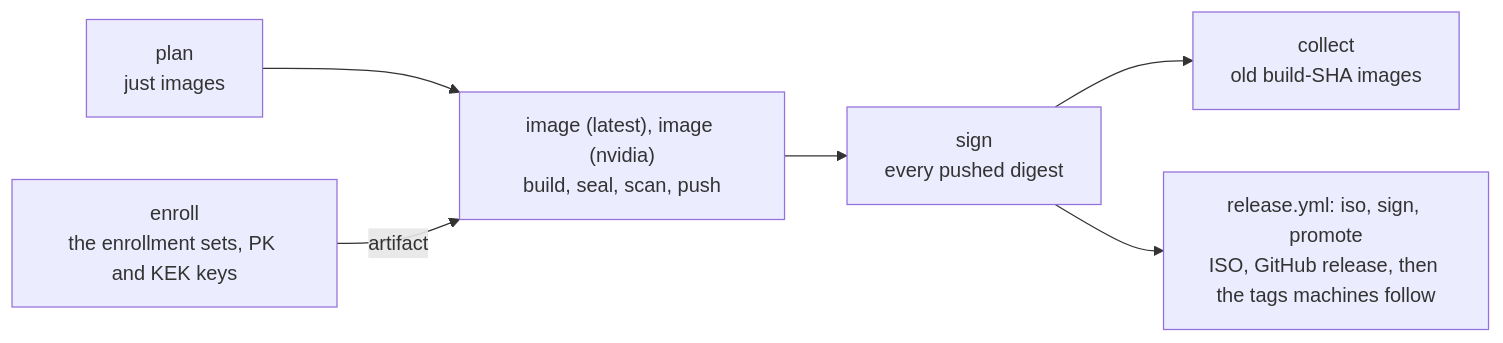
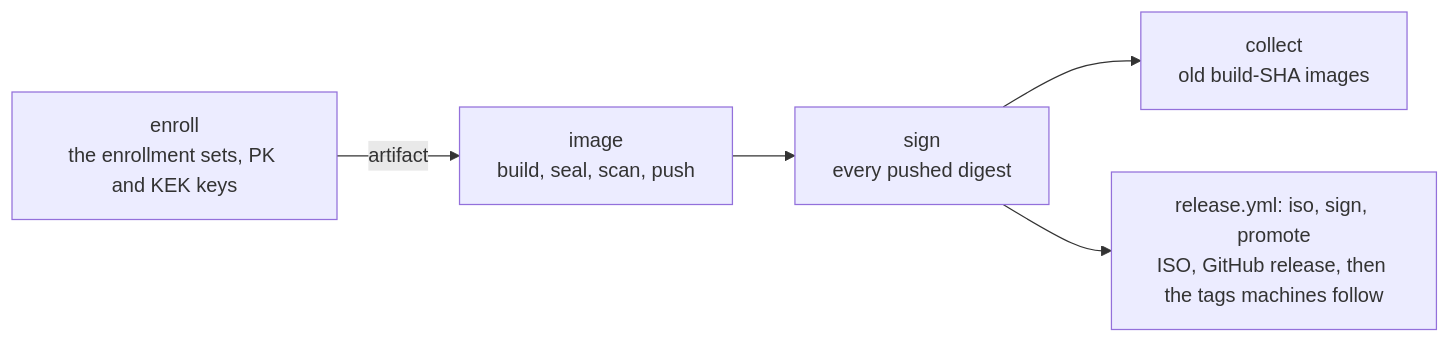
One commit to LucaRickli/fedora-bootc changed the third of 3 diagrams in docs/architecture/build.md. Above: the diagram before and after it, drawn with Mermaid. The commit also changed other lines of this file and 53 other files, not shown here.

````diff
--- a/docs/architecture/build.md
+++ b/docs/architecture/build.md
@@ -226,8 +211,7 @@
 ```mermaid
 flowchart LR
-    p["plan<br/>just images"] --> i["image (latest), image (nvidia)<br/>build, seal, scan, push"]
-    e["enroll<br/>the enrollment sets, PK and KEK keys"] -- "artifact" --> i
+    e["enroll<br/>the enrollment sets, PK and KEK keys"] -- "artifact" --> i["image<br/>build, seal, scan, push"]
     i --> s["sign<br/>every pushed digest"]
     s --> c["collect<br/>old build-SHA images"]
     s --> r["release.yml: iso, sign, promote<br/>ISO, GitHub release, then the tags machines follow"]
 ```
````
